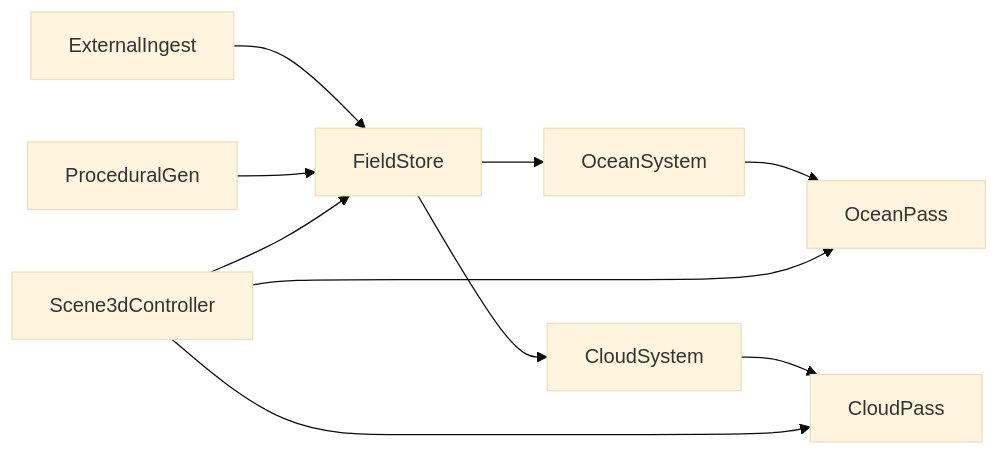
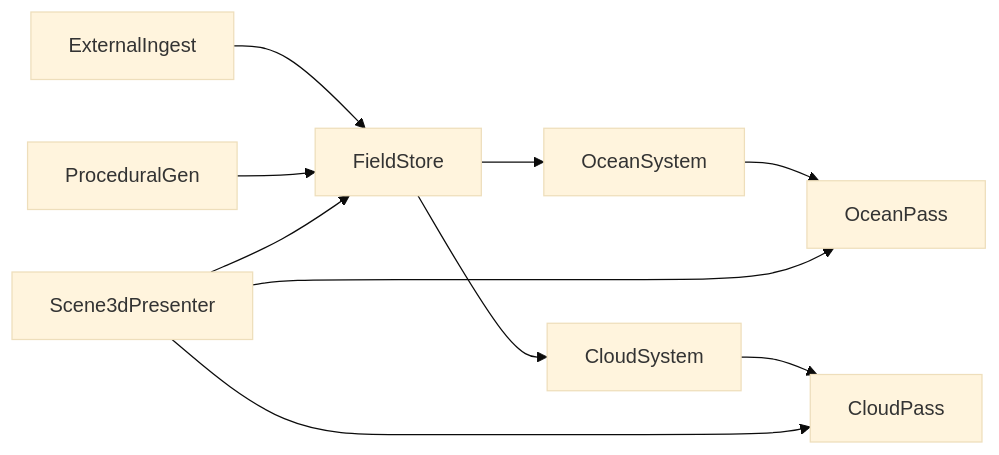
One commit to jsccl1988/smartgis changed the diagram in docs/superpowers/specs/2026-09-19-atmosphere-ocean-cloud-design.md. Above: the diagram before and after it, drawn with Mermaid (base theme). The commit also changed other lines of this file and 2179 other files, not shown here.

````diff
--- a/docs/superpowers/specs/2026-09-19-atmosphere-ocean-cloud-design.md
+++ b/docs/superpowers/specs/2026-09-19-atmosphere-ocean-cloud-design.md
@@ -43,21 +45,21 @@
 ```mermaid
 flowchart LR
   ingest[ExternalIngest]
   proc[ProceduralGen]
   store[FieldStore]
   ocean[OceanSystem]
   cloud[CloudSystem]
   passO[OceanPass]
   passC[CloudPass]
-  views[Scene3dController]
+  views[Scene3dPresenter]
 
   ingest --> store
   proc --> store
   store --> ocean
   store --> cloud
   ocean --> passO
   cloud --> passC
   views --> store
   views --> passO
   views --> passC
 ```
````
